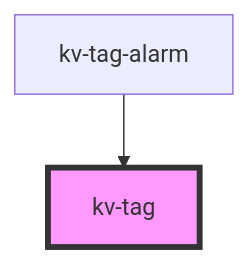
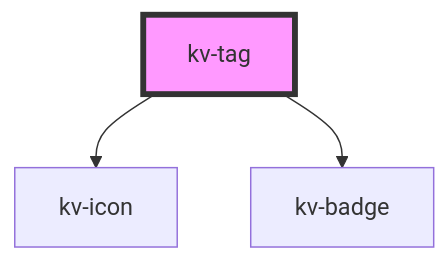
The diagram in packages/ui-components/src/components/tag/readme.md (kelvininc/ui-components), drawn with Mermaid before and after one commit. The commit also changed other lines of this file and 37 other files, not shown here.

First line of the commit message:
feat(tag)!: redesign kv-tag with color variants, icon and badge support

````diff
--- a/packages/ui-components/src/components/tag/readme.md
+++ b/packages/ui-components/src/components/tag/readme.md
@@ -52,5 +57,6 @@
 ```mermaid
 graph TD;
-  kv-tag-alarm --> kv-tag
+  kv-tag --> kv-icon
+  kv-tag --> kv-badge
   style kv-tag fill:#f9f,stroke:#333,stroke-width:4px
 ```
````
